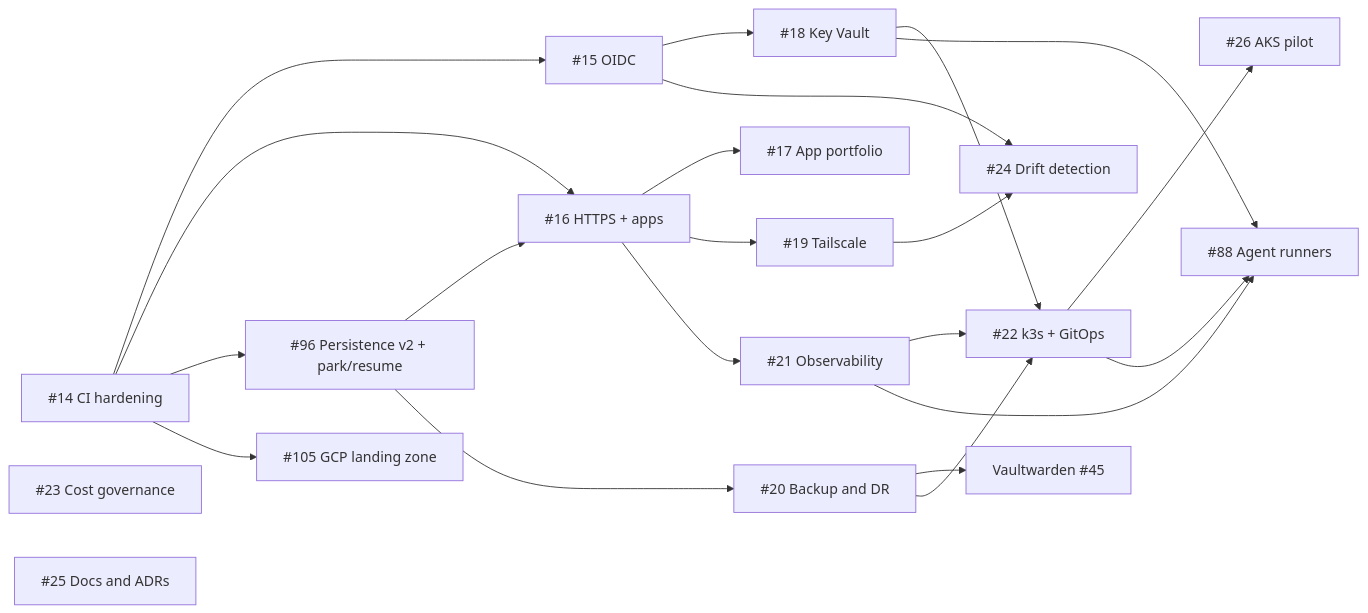
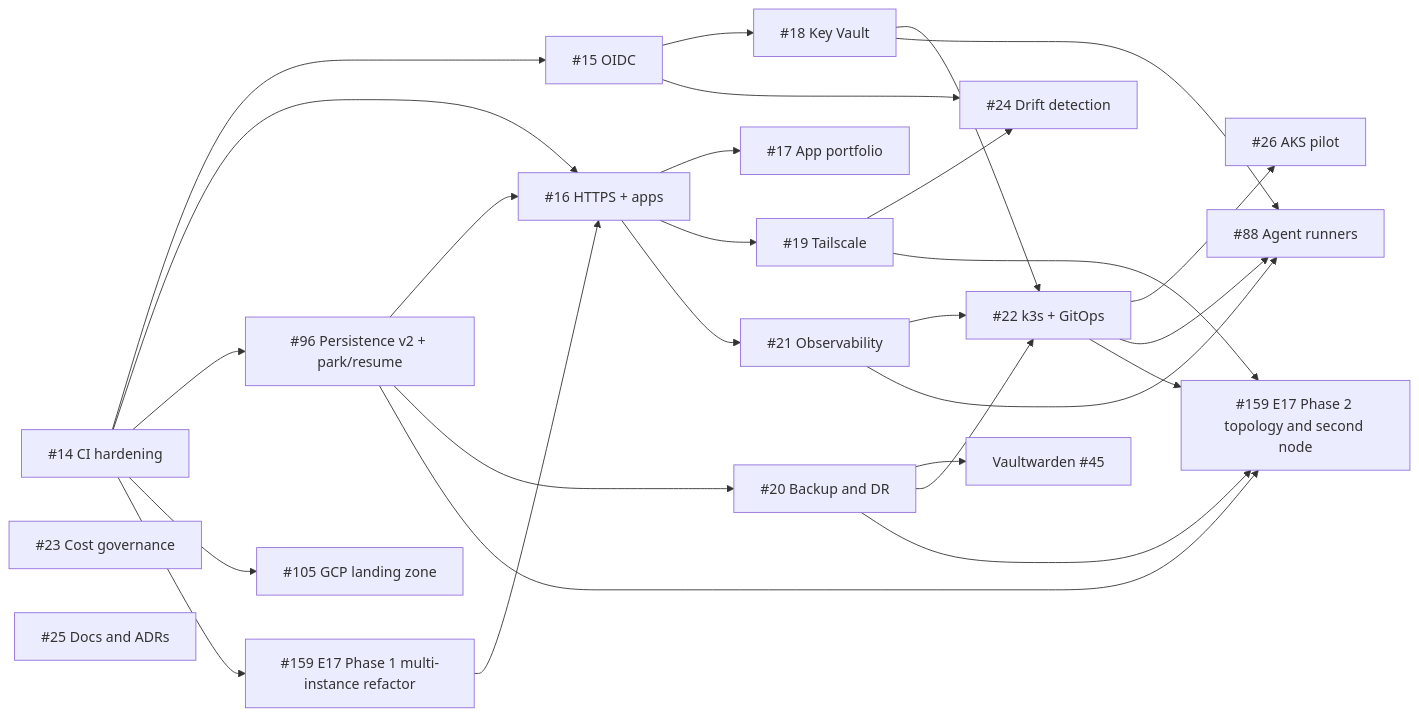
The diagram in docs/roadmap.md (114snehasish/homelab-public), drawn with Mermaid before and after one commit. The commit also changed other lines of this file, not shown here.

First line of the commit message:
docs: add E17 — multi-instance compute & network topology v2 (#159)

````diff
--- a/docs/roadmap.md
+++ b/docs/roadmap.md
@@ -57,25 +58,31 @@
 ```mermaid
 graph LR
   E01[#14 CI hardening] --> E02[#15 OIDC]
   E01 --> E03[#16 HTTPS + apps]
   E02 --> E05[#18 Key Vault]
   E03 --> E04[#17 App portfolio]
   E03 --> E06[#19 Tailscale]
   E03 --> E08[#21 Observability]
   E05 --> E09[#22 k3s + GitOps]
   E07[#20 Backup and DR] --> E04v[Vaultwarden #45]
   E07 --> E09
   E08 --> E09
   E02 --> E11[#24 Drift detection]
   E06 --> E11
   E09 --> E13[#26 AKS pilot]
   E09 --> E14[#88 Agent runners]
   E05 --> E14
   E08 --> E14
   E01 --> E15[#96 Persistence v2 + park/resume]
   E15 --> E03
   E15 --> E07
   E01 --> E16[#105 GCP landing zone]
+  E01 --> E17a[#159 E17 Phase 1 multi-instance refactor]
+  E17a --> E03
+  E06 --> E17b[#159 E17 Phase 2 topology and second node]
+  E07 --> E17b
+  E09 --> E17b
+  E15 --> E17b
   E10[#23 Cost governance]
   E12[#25 Docs and ADRs]
 ```
````
